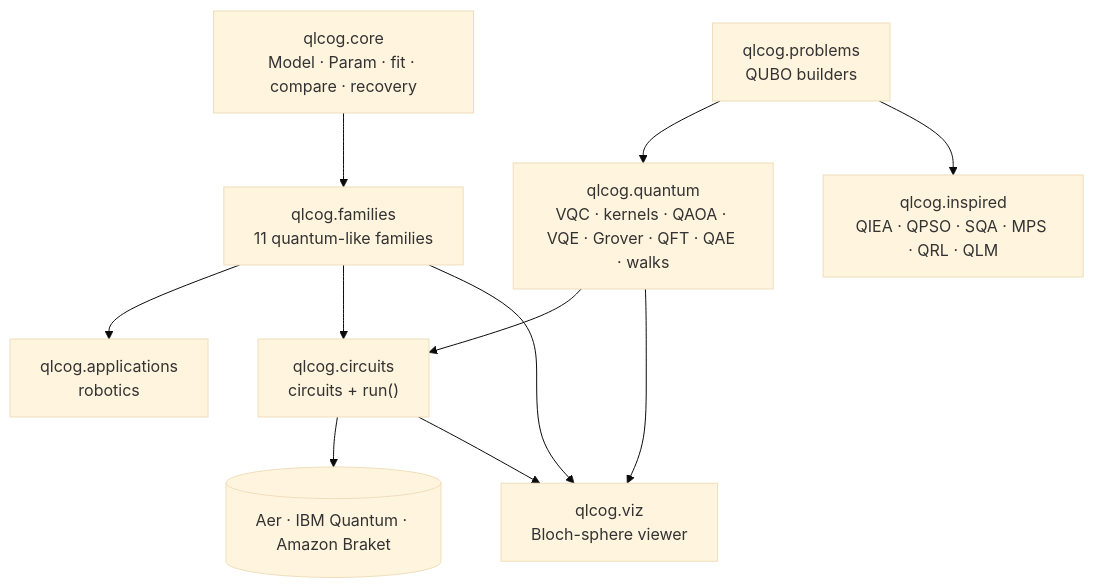
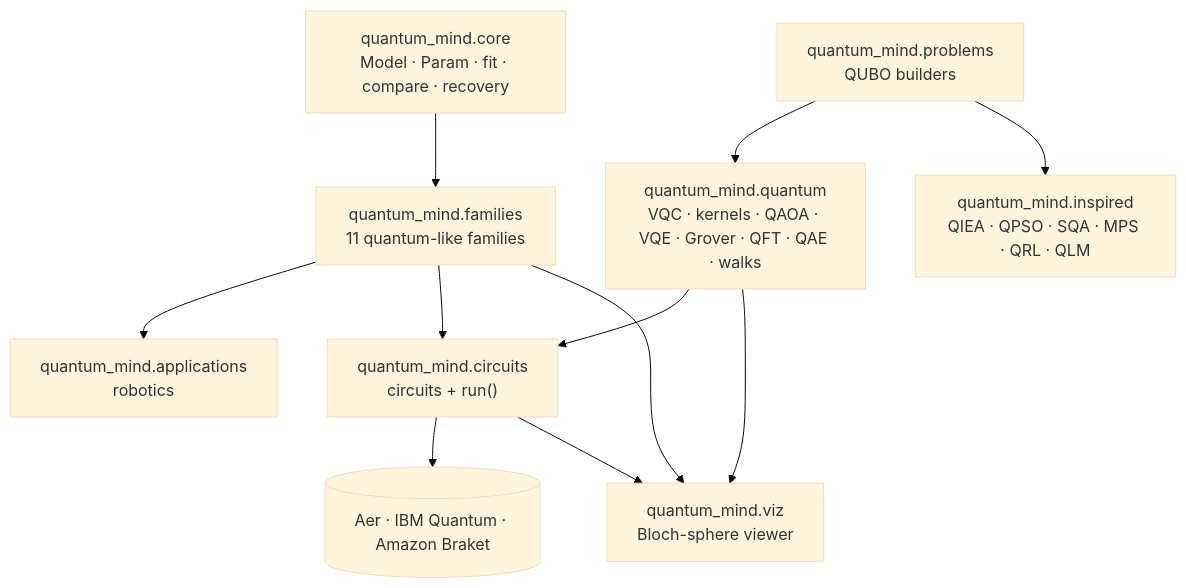
One commit to yeshwanthguru/Quantum-mind changed the diagram in README.md. Above: the diagram before and after it, drawn with Mermaid (base theme). The commit also changed other lines of this file and 237 other files, not shown here.

First line of the commit message:
Rename to Quantum Mind (pip install quantum-mind, import quantum_mind) with a new logo

````diff
--- a/README.md
+++ b/README.md
@@ -278,21 +278,21 @@
 ```mermaid
 flowchart TB
-    core["qlcog.core<br/>Model · Param · fit · compare · recovery"]
-    fam["qlcog.families<br/>11 quantum-like families"]
-    app["qlcog.applications<br/>robotics"]
-    prob["qlcog.problems<br/>QUBO builders"]
-    qm["qlcog.quantum<br/>VQC · kernels · QAOA · VQE · Grover · QFT · QAE · walks"]
-    ins["qlcog.inspired<br/>QIEA · QPSO · SQA · MPS · QRL · QLM"]
-    circ["qlcog.circuits<br/>circuits + run()"]
-    viz["qlcog.viz<br/>Bloch-sphere viewer"]
+    core["quantum_mind.core<br/>Model · Param · fit · compare · recovery"]
+    fam["quantum_mind.families<br/>11 quantum-like families"]
+    app["quantum_mind.applications<br/>robotics"]
+    prob["quantum_mind.problems<br/>QUBO builders"]
+    qm["quantum_mind.quantum<br/>VQC · kernels · QAOA · VQE · Grover · QFT · QAE · walks"]
+    ins["quantum_mind.inspired<br/>QIEA · QPSO · SQA · MPS · QRL · QLM"]
+    circ["quantum_mind.circuits<br/>circuits + run()"]
+    viz["quantum_mind.viz<br/>Bloch-sphere viewer"]
     hw[("Aer · IBM Quantum · Amazon Braket")]
     core --> fam --> app
     fam --> circ
     prob --> qm
     prob --> ins
     qm --> circ
     circ --> hw
     fam --> viz
     qm --> viz
     circ --> viz
 ```
````
